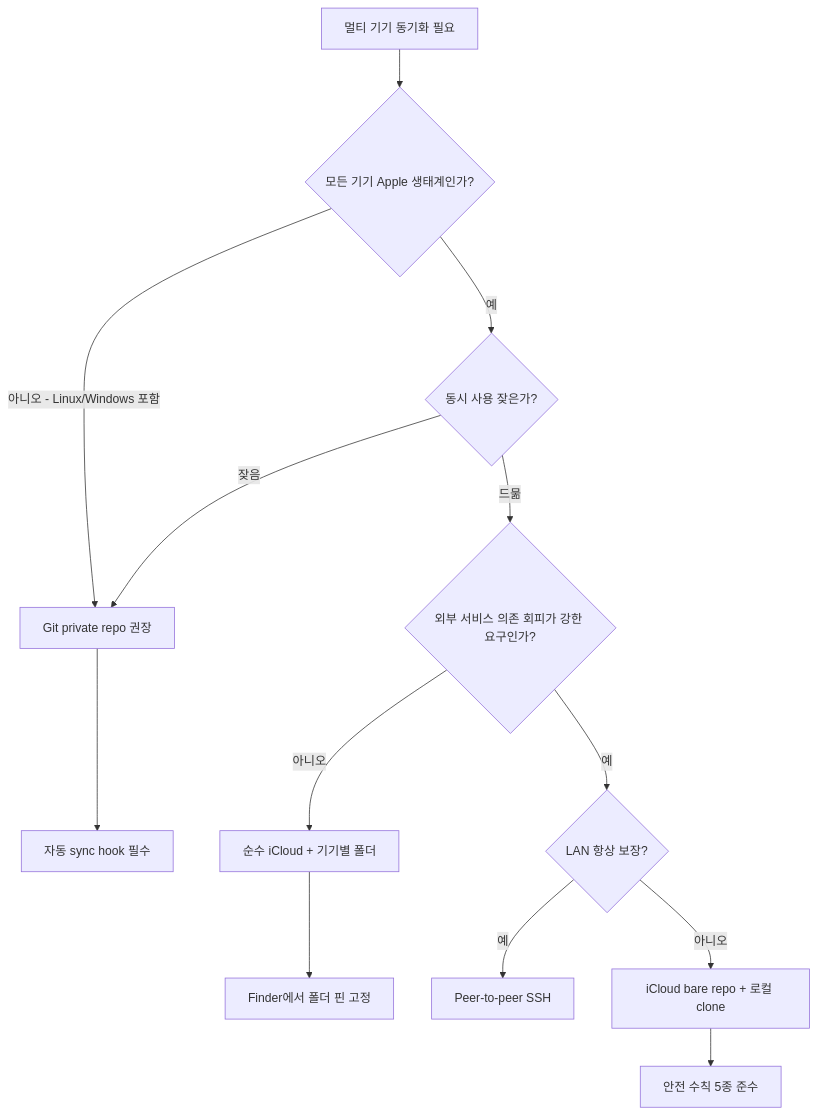
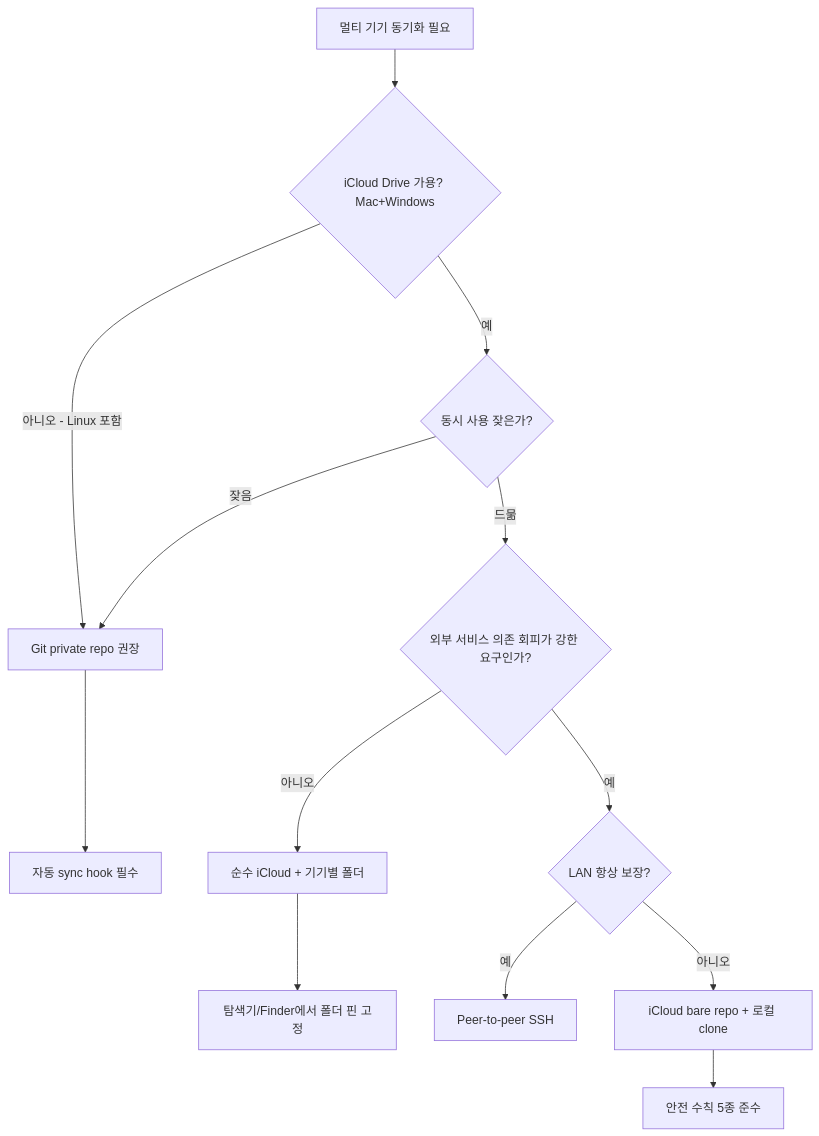
The diagram in content/Tools/Claude/001_multi_device_config_sync_strategy.md (1etterh/devlog), drawn with Mermaid before and after one commit. The commit also changed other lines of this file, not shown here.

````diff
--- a/content/Tools/Claude/001_multi_device_config_sync_strategy.md
+++ b/content/Tools/Claude/001_multi_device_config_sync_strategy.md
@@ -54,15 +54,15 @@
 ```mermaid
 flowchart TD
-    A[멀티 기기 동기화 필요] --> B{모든 기기 Apple 생태계인가?}
-    B -->|아니오 - Linux/Windows 포함| C[Git private repo 권장]
+    A[멀티 기기 동기화 필요] --> B{iCloud Drive 가용? Mac+Windows}
+    B -->|아니오 - Linux 포함| C[Git private repo 권장]
     B -->|예| D{동시 사용 잦은가?}
     D -->|잦음| C
     D -->|드묾| E{외부 서비스 의존 회피가 강한 요구인가?}
     E -->|아니오| F[순수 iCloud + 기기별 폴더]
     E -->|예| G{LAN 항상 보장?}
     G -->|예| H[Peer-to-peer SSH]
     G -->|아니오| I[iCloud bare repo + 로컬 clone]
     C --> J[자동 sync hook 필수]
-    F --> K[Finder에서 폴더 핀 고정]
+    F --> K[탐색기/Finder에서 폴더 핀 고정]
     I --> L[안전 수칙 5종 준수]
 ```
````
